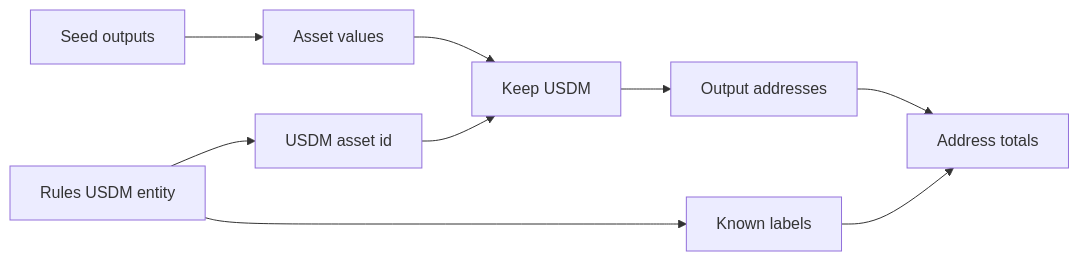
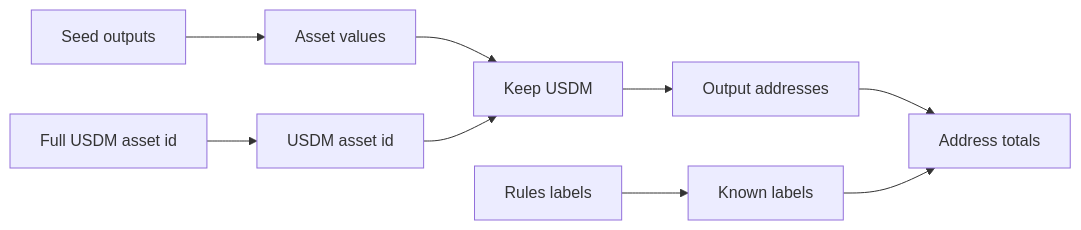
Before and after one commit to lambdasistemi/cardano-tx-tools: the diagram in docs/may-2026-amaru-lattice/queries/02-usdm-output-addresses.md, drawn with Mermaid. The commit also changed other lines of this file and 30 other files, not shown here.

````diff
--- a/docs/may-2026-amaru-lattice/queries/02-usdm-output-addresses.md
+++ b/docs/may-2026-amaru-lattice/queries/02-usdm-output-addresses.md
@@ -32,20 +32,21 @@
 ```mermaid
 flowchart LR
-  rules[Rules USDM entity]
+  pinned[Full USDM asset id]
   asset[USDM asset id]
   seeds[Seed outputs]
   values[Asset values]
   filter[Keep USDM]
   addresses[Output addresses]
+  rules[Rules labels]
   labels[Known labels]
   table[Address totals]
 
-  rules --> asset
+  pinned --> asset
   seeds --> values
   values --> filter
   asset --> filter
   filter --> addresses
   rules --> labels
   addresses --> table
   labels --> table
 ```
````
